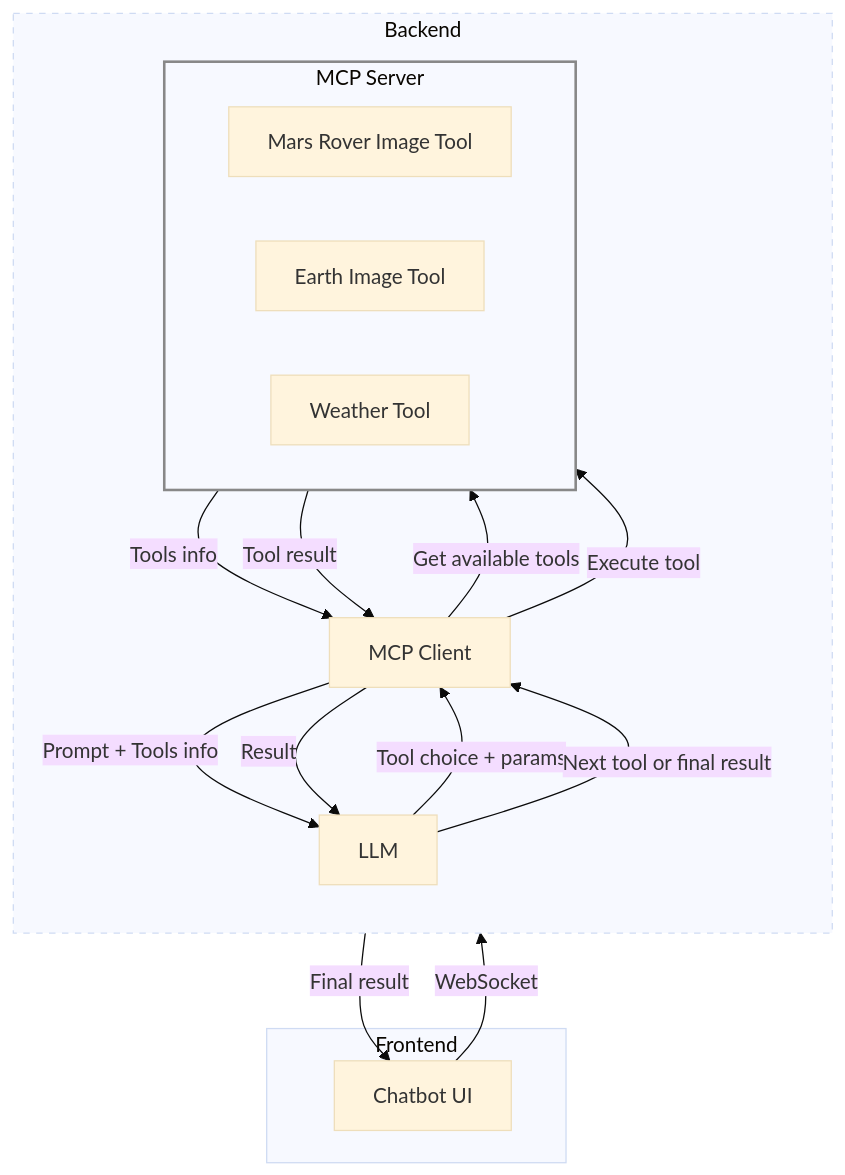
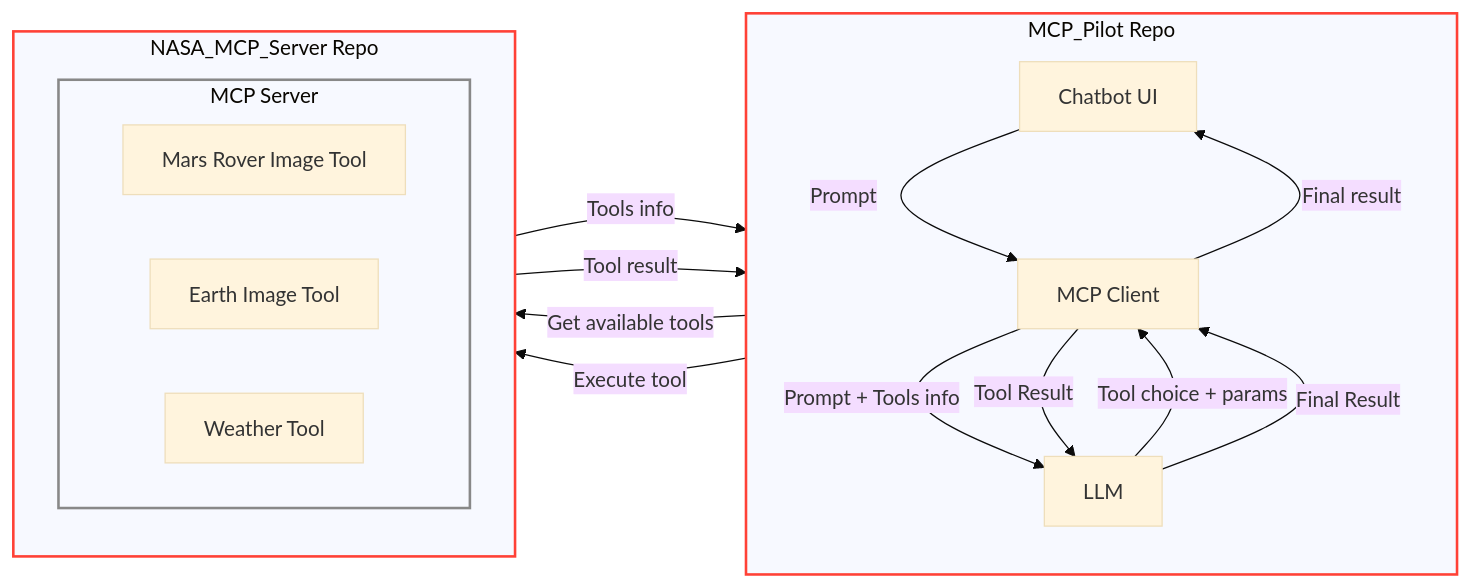
Before and after one commit to adithya1012/MCP_Pilot: the diagram in README.md, drawn with Mermaid (base theme).

````diff
--- a/README.md
+++ b/README.md
@@ -140,32 +140,33 @@
 ```mermaid
-flowchart TD
+flowchart LR
+ subgraph MCP_Pilot["MCP_Pilot Repo"]
+    direction TB
+        A["Chatbot UI"]
+        B["MCP Client"]
+        F["LLM"]
+  end
+ subgraph MCP_Server["MCP Server"]
+        C["Mars Rover Image Tool"]
+        D["Earth Image Tool"]
+        E["Weather Tool"]
+  end
+ subgraph NASA_MCP_Server["NASA_MCP_Server Repo"]
+    direction TB
+        MCP_Server
+  end
+    A -- Prompt --> B
+    B -- Prompt + Tools info --> F
+    F -- Tool choice + params --> B
+    B -- Final result --> A
+    F -- Final Result --> B
+    B -- Get available tools --> MCP_Server
+    MCP_Server -- Tools info --> B
+    B -- Execute tool --> MCP_Server
+    MCP_Server -- Tool result --> B
+    B -- Tool Result --> F
 
-subgraph Frontend
-        A[Chatbot UI]
-    end
+    style MCP_Server stroke-width:2px,stroke:#888
+    style MCP_Pilot stroke-width:2px,stroke:#FF4136
+    style NASA_MCP_Server stroke-width:2px,stroke:#FF4136
 
-    subgraph Backend
-        direction TB
-        B[MCP Client]
-        subgraph MCP_Server["MCP Server"]
-            C[Mars Rover Image Tool]
-            D[Earth Image Tool]
-            E[Weather Tool]
-        end
-        F[LLM]
-    end
-
-    A -- WebSocket --> B
-    B -- "Get available tools" --> MCP_Server
-    MCP_Server -- "Tools info" --> B
-    B -- "Prompt + Tools info" --> F
-    F -- "Tool choice + params" --> B
-    B -- "Execute tool" --> MCP_Server
-    MCP_Server -- "Tool result" --> B
-    B -- "Result" --> F
-    F -- "Next tool or final result" --> B
-    B -- "Final result" --> A
-
-    style Backend stroke-dasharray: 5 5
-    style MCP_Server stroke-width:2px,stroke:#888
 ```
````
